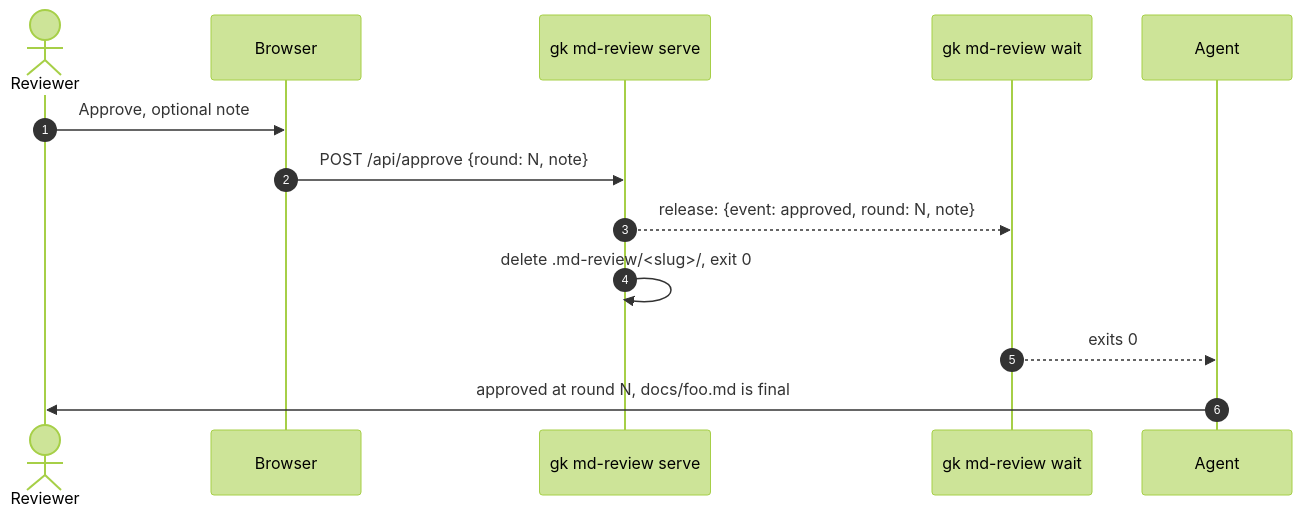
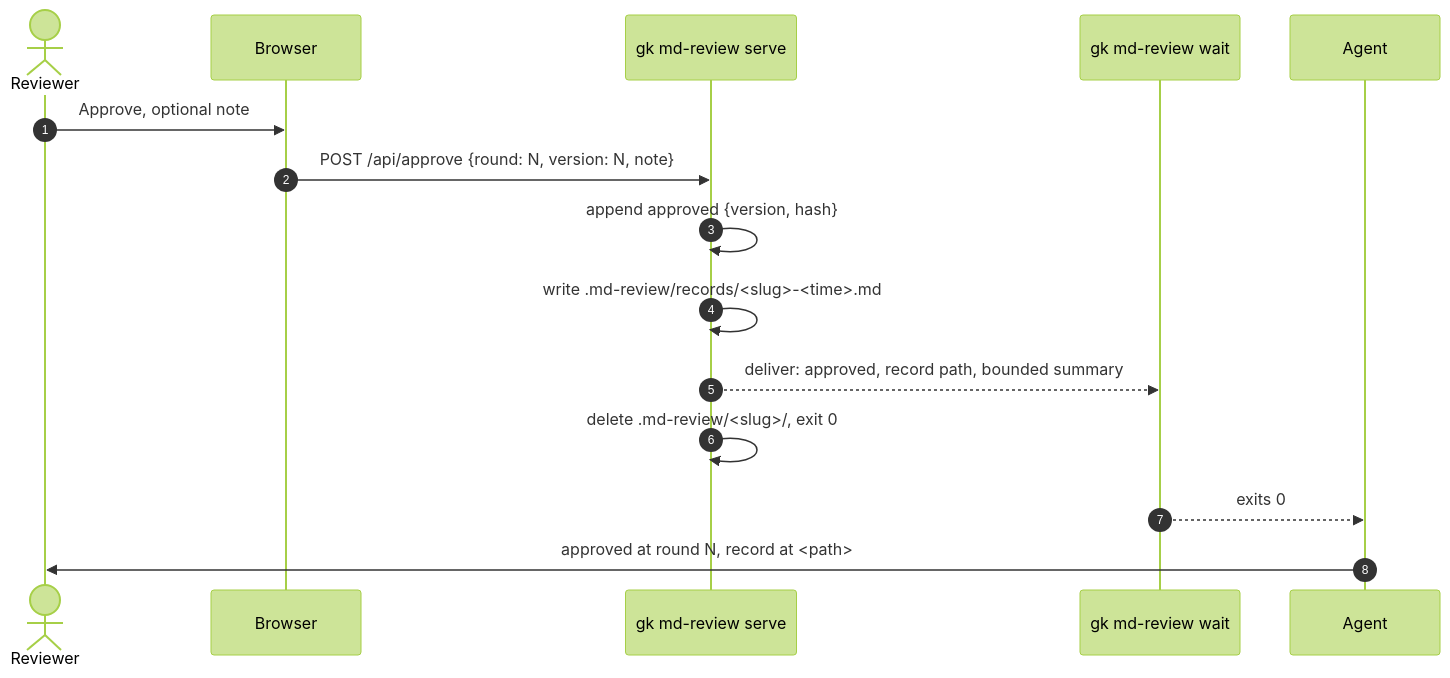
The sixth of 7 diagrams in docs/design/md-review-hld.md (msurkovsky/gist), drawn with Mermaid (forest theme) before and after one commit. The commit also changed other lines of this file, not shown here.

First line of the commit message:
Apply the CEO review decisions to the review HLD

````diff
--- a/docs/design/md-review-hld.md
+++ b/docs/design/md-review-hld.md
@@ -252,16 +309,18 @@
 ```mermaid
 sequenceDiagram
   autonumber
   actor H as Reviewer
   participant B as Browser
   participant S as gk md-review serve
   participant W as gk md-review wait
   participant A as Agent
 
   H->>B: Approve, optional note
-  B->>S: POST /api/approve {round: N, note}
-  S-->>W: release: {event: approved, round: N, note}
+  B->>S: POST /api/approve {round: N, version: N, note}
+  S->>S: append approved {version, hash}
+  S->>S: write .md-review/records/<slug>-<time>.md
+  S-->>W: deliver: approved, record path, bounded summary
   S->>S: delete .md-review/<slug>/, exit 0
   W-->>A: exits 0
-  A->>H: approved at round N, docs/foo.md is final
+  A->>H: approved at round N, record at <path>
 ```
````
